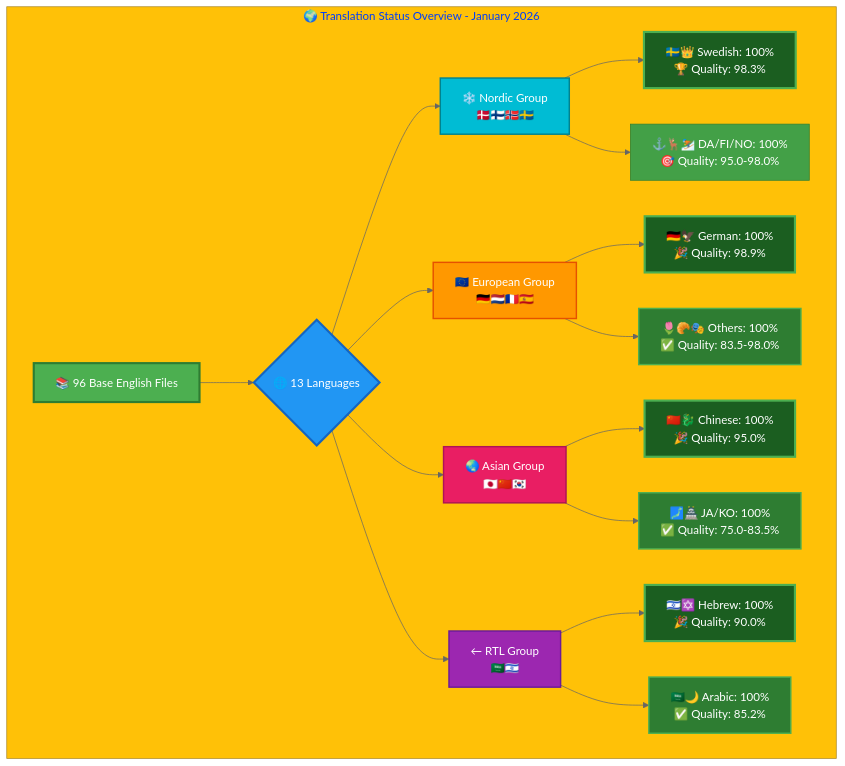
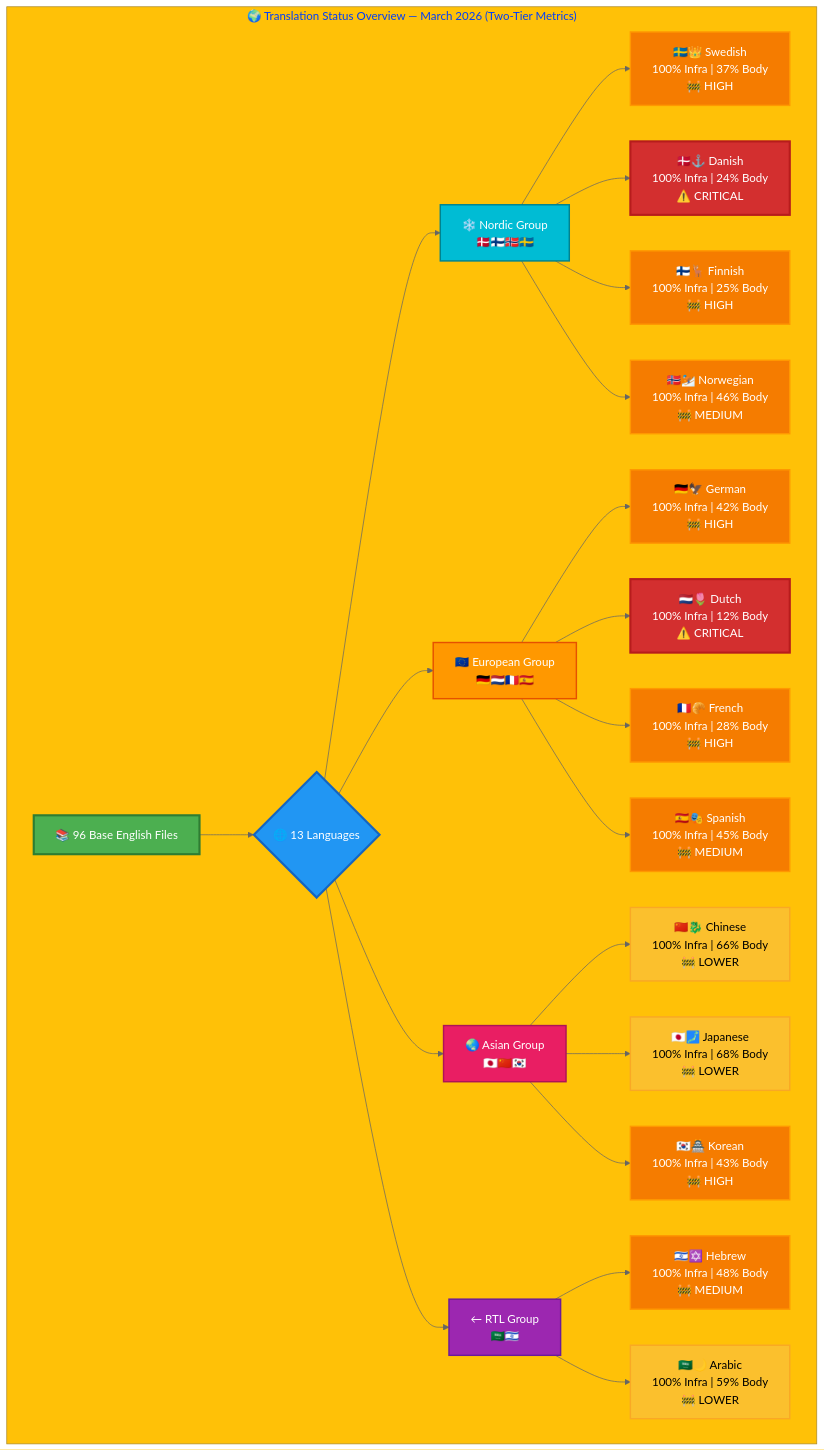
Before and after one commit to Hack23/homepage: the first of 2 diagrams in TRANSLATION_DOCUMENTATION_README.md, drawn with Mermaid. The commit also changed other lines of this file, not shown here.

Commit message:
Update TRANSLATION_DOCUMENTATION_README.md with accurate body content translation metrics

````diff
--- a/TRANSLATION_DOCUMENTATION_README.md
+++ b/TRANSLATION_DOCUMENTATION_README.md
@@ -304,38 +356,48 @@
 ```mermaid
 %%{init: {'theme':'base', 'themeVariables': { 'primaryColor':'#4CAF50','primaryTextColor':'#fff','primaryBorderColor':'#2E7D32','lineColor':'#666','secondaryColor':'#2196F3','tertiaryColor':'#FFC107','fontSize':'16px'}}}%%
 graph TB
-    subgraph "🌍 Translation Status Overview - January 2026"
+    subgraph "🌍 Translation Status Overview — March 2026 (Two-Tier Metrics)"
         A["📚 96 Base English Files"] --> B{"🌐 13 Languages"}
         B --> C["❄️ Nordic Group<br/>🇩🇰🇫🇮🇳🇴🇸🇪"]
         B --> D["🇪🇺 European Group<br/>🇩🇪🇳🇱🇫🇷🇪🇸"]
         B --> E["🌏 Asian Group<br/>🇯🇵🇨🇳🇰🇷"]
         B --> F["← RTL Group<br/>🇸🇦🇮🇱"]
-        
-        C --> C1["🇸🇪👑 Swedish: 100%<br/>🏆 Quality: 98.3%"]
-        C --> C2["⚓🦌⛷️ DA/FI/NO: 100%<br/>🎯 Quality: 95.0-98.0%"]
-        
-        D --> D1["🇩🇪🦅 German: 100%<br/>🎉 Quality: 98.9%"]
-        D --> D2["🌷🥐🎭 Others: 100%<br/>✅ Quality: 83.5-98.0%"]
-        
-        E --> E1["🇨🇳🐉 Chinese: 100%<br/>🎉 Quality: 95.0%"]
-        E --> E2["🗾🏯 JA/KO: 100%<br/>✅ Quality: 75.0-83.5%"]
-        
-        F --> F1["🇮🇱✡️ Hebrew: 100%<br/>🎉 Quality: 90.0%"]
-        F --> F2["🇸🇦🌙 Arabic: 100%<br/>✅ Quality: 85.2%"]
-        
+
+        C --> C1["🇸🇪👑 Swedish\n100% Infra | 37% Body\n🚧 HIGH"]
+        C --> C2["🇩🇰⚓ Danish\n100% Infra | 24% Body\n⚠️ CRITICAL"]
+        C --> C3["🇫🇮🦌 Finnish\n100% Infra | 25% Body\n🚧 HIGH"]
+        C --> C4["🇳🇴⛷️ Norwegian\n100% Infra | 46% Body\n🚧 MEDIUM"]
+
+        D --> D1["🇩🇪🦅 German\n100% Infra | 42% Body\n🚧 HIGH"]
+        D --> D2["🇳🇱🌷 Dutch\n100% Infra | 12% Body\n⚠️ CRITICAL"]
+        D --> D3["🇫🇷🥐 French\n100% Infra | 28% Body\n🚧 HIGH"]
+        D --> D4["🇪🇸🎭 Spanish\n100% Infra | 45% Body\n🚧 MEDIUM"]
+
+        E --> E1["🇨🇳🐉 Chinese\n100% Infra | 66% Body\n🚧 LOWER"]
+        E --> E2["🇯🇵🗾 Japanese\n100% Infra | 68% Body\n🚧 LOWER"]
+        E --> E3["🇰🇷🏯 Korean\n100% Infra | 43% Body\n🚧 HIGH"]
+
+        F --> F1["🇮🇱✡️ Hebrew\n100% Infra | 48% Body\n🚧 MEDIUM"]
+        F --> F2["🇸🇦🌙 Arabic\n100% Infra | 59% Body\n🚧 LOWER"]
+
         style A fill:#4CAF50,stroke:#2E7D32,color:#fff,stroke-width:3px
         style B fill:#2196F3,stroke:#1565C0,color:#fff,stroke-width:3px
         style C fill:#00BCD4,stroke:#00838F,color:#fff,stroke-width:2px
         style D fill:#FF9800,stroke:#E65100,color:#fff,stroke-width:2px
         style E fill:#E91E63,stroke:#AD1457,color:#fff,stroke-width:2px
         style F fill:#9C27B0,stroke:#6A1B9A,color:#fff,stroke-width:2px
-        style C1 fill:#1B5E20,stroke:#4CAF50,color:#fff,stroke-width:3px
-        style C2 fill:#43A047,stroke:#2E7D32,color:#fff
-        style D1 fill:#1B5E20,stroke:#4CAF50,color:#fff,stroke-width:3px
-        style D2 fill:#2E7D32,stroke:#4CAF50,color:#fff,stroke-width:2px
-        style E1 fill:#1B5E20,stroke:#4CAF50,color:#fff,stroke-width:3px
-        style E2 fill:#2E7D32,stroke:#4CAF50,color:#fff,stroke-width:2px
-        style F1 fill:#1B5E20,stroke:#4CAF50,color:#fff,stroke-width:3px
-        style F2 fill:#2E7D32,stroke:#4CAF50,color:#fff,stroke-width:2px
+        style C1 fill:#F57C00,stroke:#FF9800,color:#fff,stroke-width:2px
+        style C2 fill:#D32F2F,stroke:#B71C1C,color:#fff,stroke-width:3px
+        style C3 fill:#F57C00,stroke:#FF9800,color:#fff,stroke-width:2px
+        style C4 fill:#F57C00,stroke:#FF9800,color:#fff,stroke-width:2px
+        style D1 fill:#F57C00,stroke:#FF9800,color:#fff,stroke-width:2px
+        style D2 fill:#D32F2F,stroke:#B71C1C,color:#fff,stroke-width:3px
+        style D3 fill:#F57C00,stroke:#FF9800,color:#fff,stroke-width:2px
+        style D4 fill:#F57C00,stroke:#FF9800,color:#fff,stroke-width:2px
+        style E1 fill:#FBC02D,stroke:#F9A825,color:#000,stroke-width:2px
+        style E2 fill:#FBC02D,stroke:#F9A825,color:#000,stroke-width:2px
+        style E3 fill:#F57C00,stroke:#FF9800,color:#fff,stroke-width:2px
+        style F1 fill:#F57C00,stroke:#FF9800,color:#fff,stroke-width:2px
+        style F2 fill:#FBC02D,stroke:#F9A825,color:#000,stroke-width:2px
     end
 ```
````
